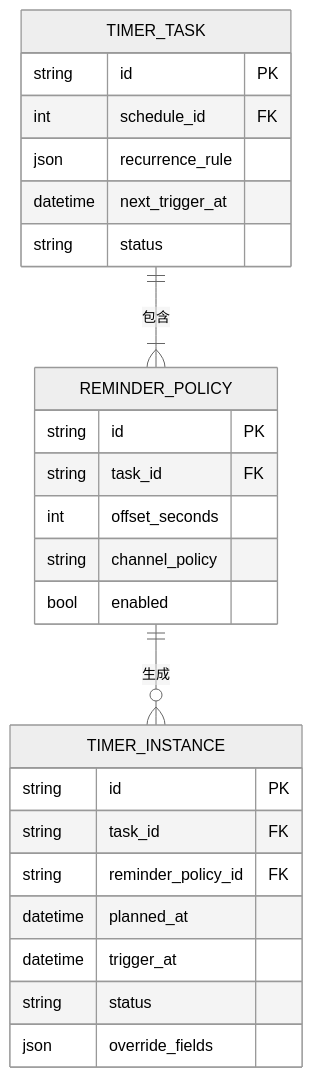
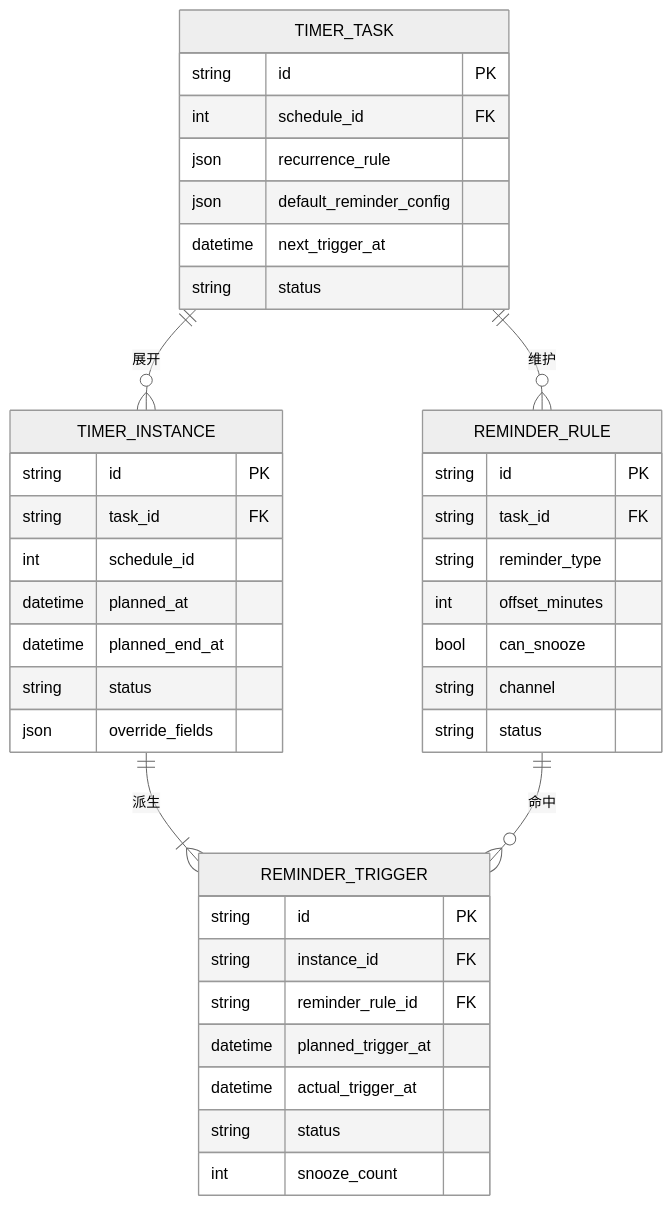
One commit to 1024XEngineer/VoiceLife changed the fifth of 5 diagrams in docs/整体架构设计format.md. Above: the diagram before and after it, drawn with Mermaid (neutral theme). The commit also changed other lines of this file, not shown here.

First line of the commit message:
docs(arch): align VoiceLife architecture with module designs

````diff
--- a/docs/整体架构设计format.md
+++ b/docs/整体架构设计format.md
@@ -590,31 +644,46 @@
 ```mermaid
 erDiagram
-  TIMER_TASK ||--|{ REMINDER_POLICY : "包含"
-  REMINDER_POLICY ||--o{ TIMER_INSTANCE : "生成"
+  TIMER_TASK ||--o{ TIMER_INSTANCE : "展开"
+  TIMER_TASK ||--o{ REMINDER_RULE : "维护"
+  TIMER_INSTANCE ||--|{ REMINDER_TRIGGER : "派生"
+  REMINDER_RULE ||--o{ REMINDER_TRIGGER : "命中"
 
   TIMER_TASK {
     string id PK
     int schedule_id FK
     json recurrence_rule
+    json default_reminder_config
     datetime next_trigger_at
     string status
-  }
-
-  REMINDER_POLICY {
-    string id PK
-    string task_id FK
-    int offset_seconds
-    string channel_policy
-    bool enabled
   }
 
   TIMER_INSTANCE {
     string id PK
     string task_id FK
-    string reminder_policy_id FK
+    int schedule_id
     datetime planned_at
-    datetime trigger_at
+    datetime planned_end_at
     string status
     json override_fields
   }
+
+  REMINDER_RULE {
+    string id PK
+    string task_id FK
+    string reminder_type
+    int offset_minutes
+    bool can_snooze
+    string channel
+    string status
+  }
+
+  REMINDER_TRIGGER {
+    string id PK
+    string instance_id FK
+    string reminder_rule_id FK
+    datetime planned_trigger_at
+    datetime actual_trigger_at
+    string status
+    int snooze_count
+  }
 ```
````
